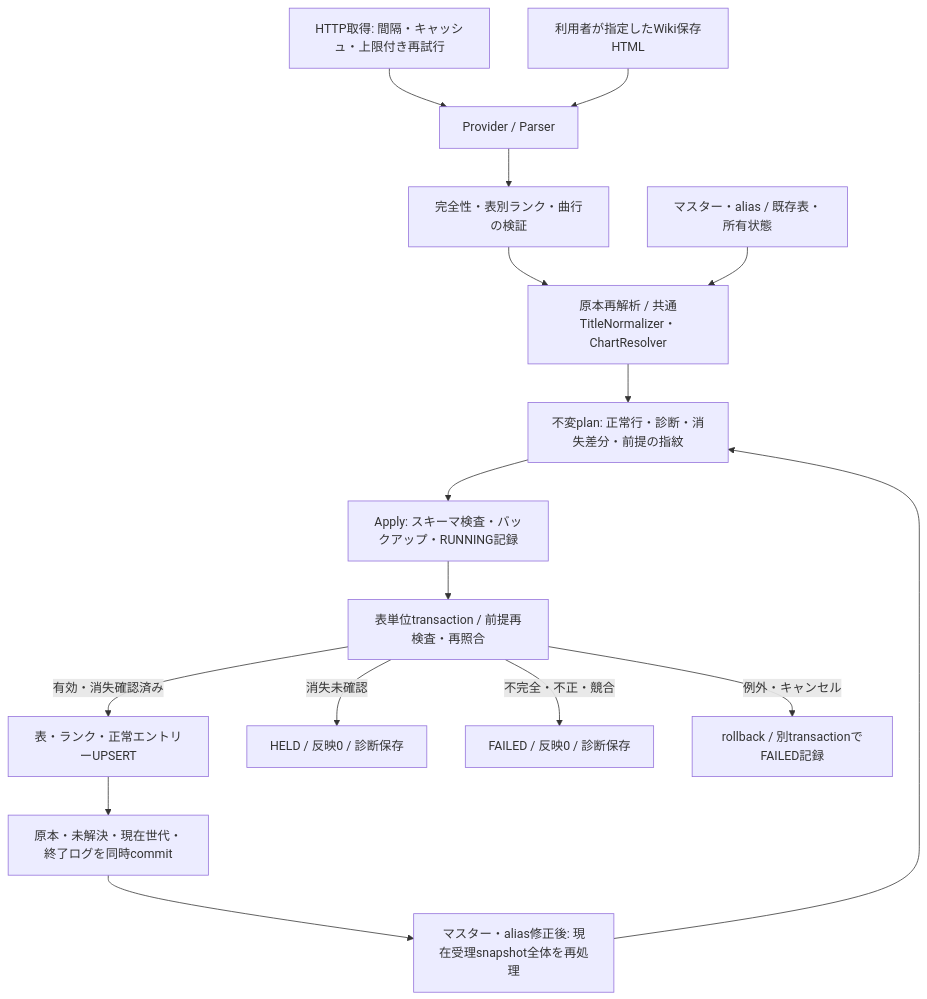
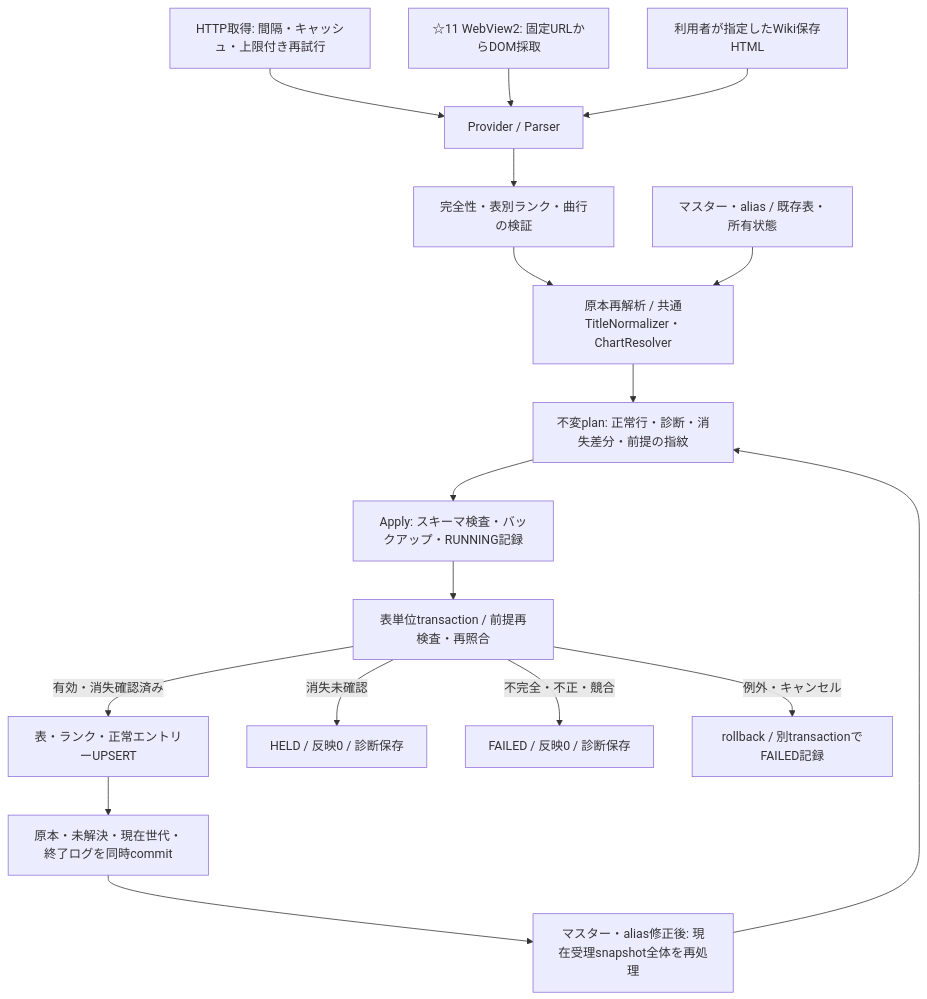
Before and after one commit to xidinor/IIDXProgressDashboard: the diagram in docs/phase5-difficulty-tables-explained.md, drawn with Mermaid. The commit also changed other lines of this file and 3 other files, not shown here.

Commit message:
Document Phase 5 WebView2 acquisition validation

````diff
--- a/docs/phase5-difficulty-tables-explained.md
+++ b/docs/phase5-difficulty-tables-explained.md
@@ -8,18 +8,19 @@
 ```mermaid
 flowchart TD
     HTTP[HTTP取得: 間隔・キャッシュ・上限付き再試行] --> P[Provider / Parser]
+    WV[☆11 WebView2: 固定URLからDOM採取] --> P
     HTML[利用者が指定したWiki保存HTML] --> P
     P --> V[完全性・表別ランク・曲行の検証]
     V --> M[原本再解析 / 共通TitleNormalizer・ChartResolver]
     DB[マスター・alias / 既存表・所有状態] --> M
     M --> PLAN[不変plan: 正常行・診断・消失差分・前提の指紋]
     PLAN --> B[Apply: スキーマ検査・バックアップ・RUNNING記録]
     B --> T[表単位transaction / 前提再検査・再照合]
     T -->|有効・消失確認済み| UPSERT[表・ランク・正常エントリーUPSERT]
     T -->|消失未確認| HELD[HELD / 反映0 / 診断保存]
     T -->|不完全・不正・競合| FAILED[FAILED / 反映0 / 診断保存]
     UPSERT --> AUDIT[原本・未解決・現在世代・終了ログを同時commit]
     T -->|例外・キャンセル| RB[rollback / 別transactionでFAILED記録]
     AUDIT --> RETRY[マスター・alias修正後: 現在受理snapshot全体を再処理]
     RETRY --> PLAN
 ```
````
